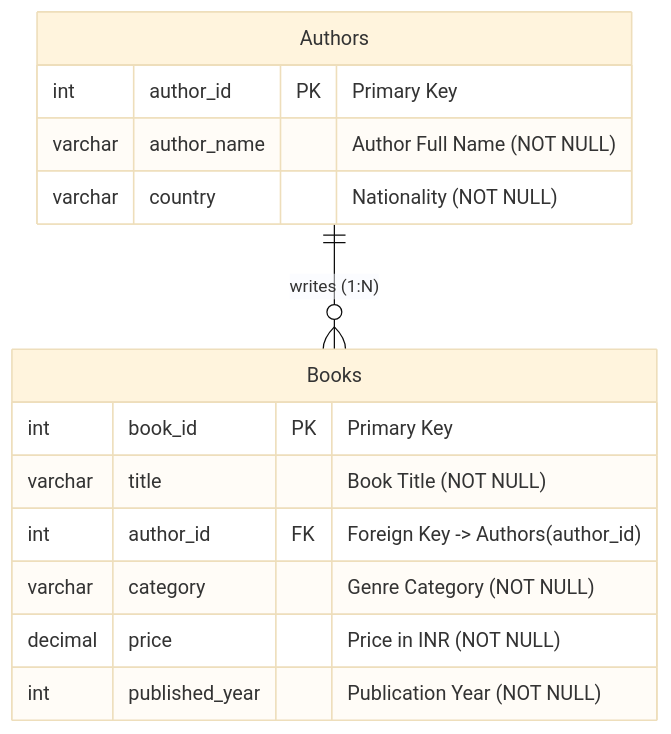
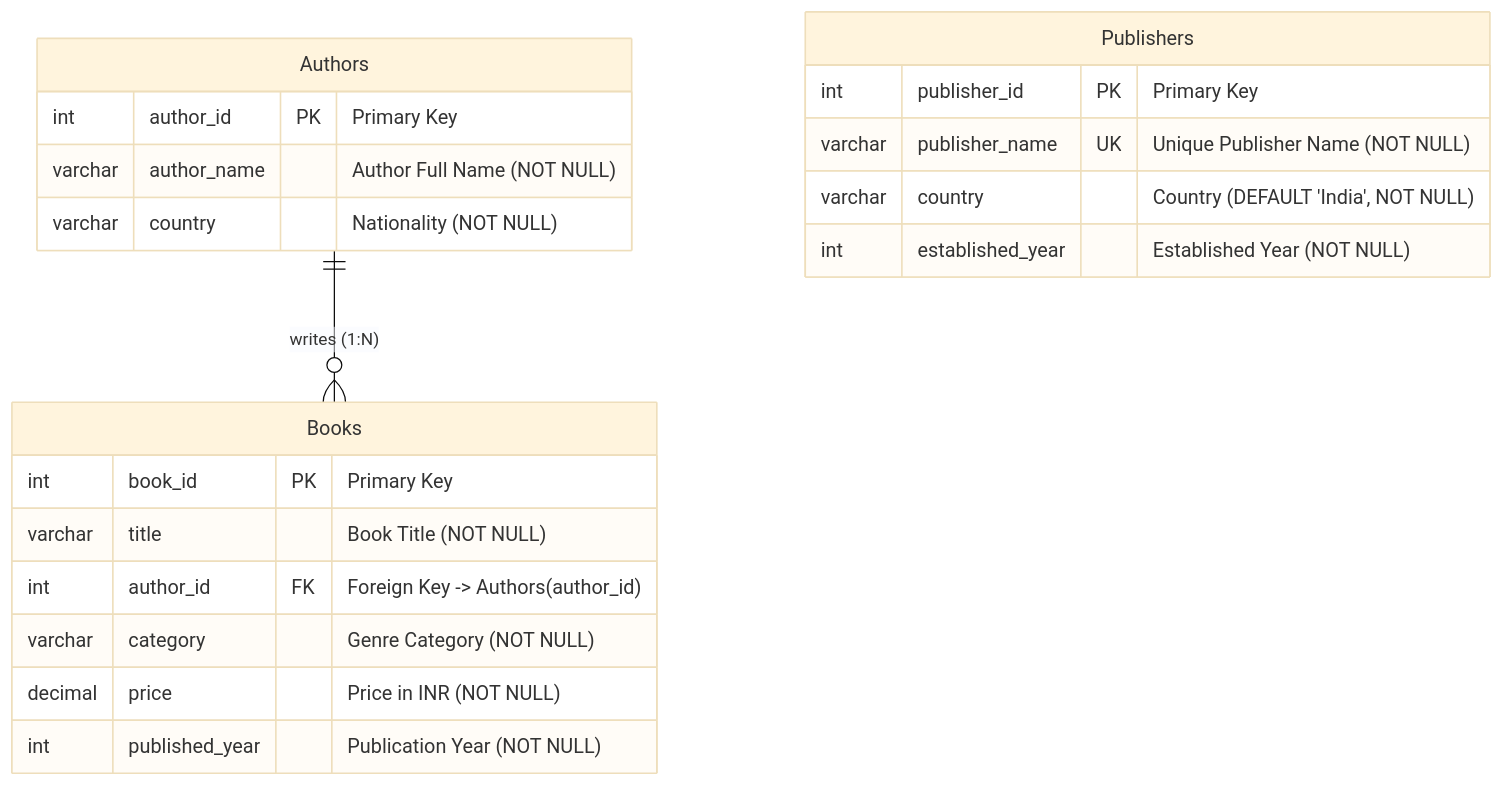
The diagram in README.md (rsllearning/sql-basic-bookstore-assignment-sanketahire), drawn with Mermaid (base theme) before and after one commit. The commit also changed other lines of this file, not shown here.

Commit message:
docs: polish readme with full er diagram, data dictionary, and concept matrix

````diff
--- a/README.md
+++ b/README.md
@@ -28,19 +41,26 @@
 ```mermaid
 erDiagram
     Authors ||--o{ Books : "writes (1:N)"
 
     Authors {
         int author_id PK "Primary Key"
         varchar author_name "Author Full Name (NOT NULL)"
         varchar country "Nationality (NOT NULL)"
     }
 
     Books {
         int book_id PK "Primary Key"
         varchar title "Book Title (NOT NULL)"
         int author_id FK "Foreign Key -> Authors(author_id)"
         varchar category "Genre Category (NOT NULL)"
         decimal price "Price in INR (NOT NULL)"
         int published_year "Publication Year (NOT NULL)"
     }
+
+    Publishers {
+        int publisher_id PK "Primary Key"
+        varchar publisher_name UK "Unique Publisher Name (NOT NULL)"
+        varchar country "Country (DEFAULT 'India', NOT NULL)"
+        int established_year "Established Year (NOT NULL)"
+    }
 ```
````
